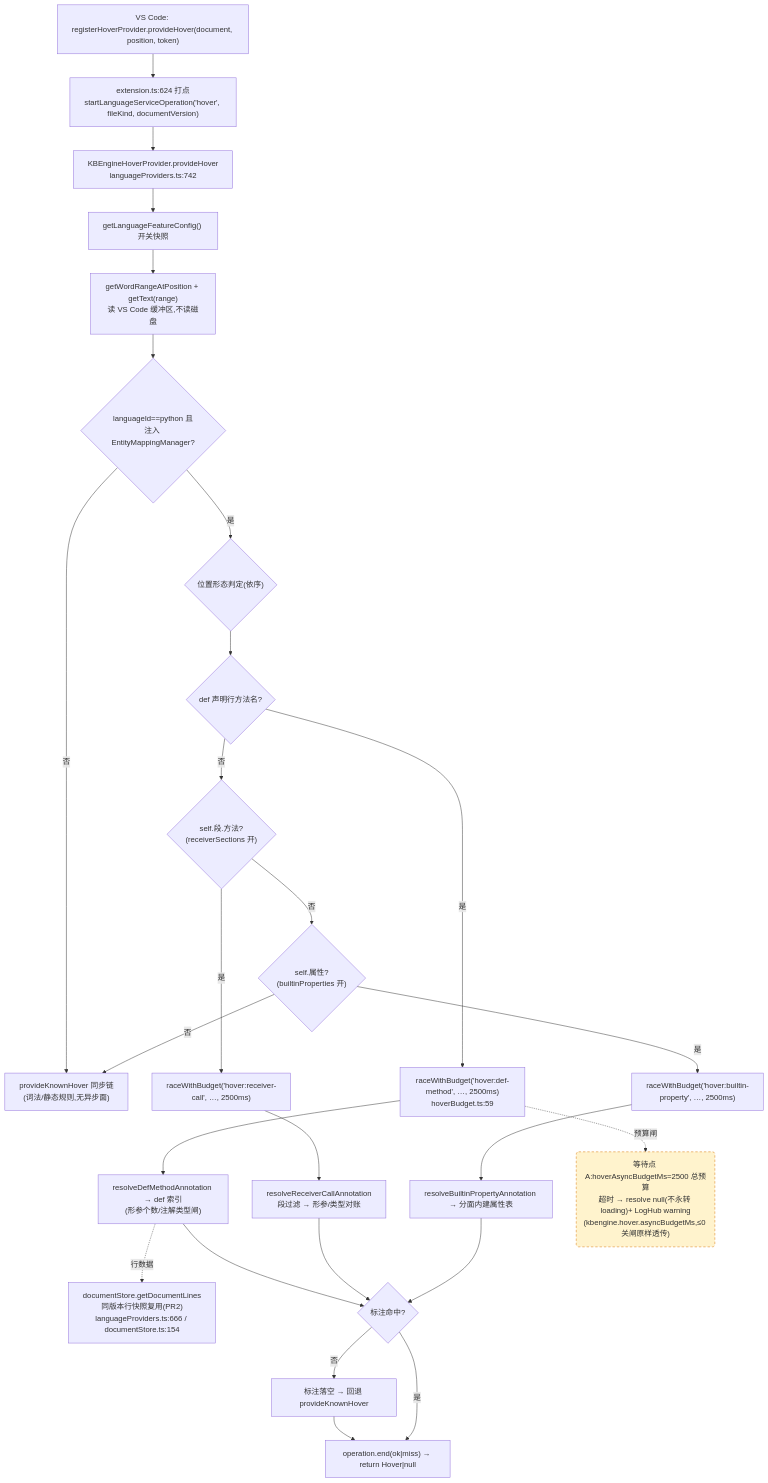
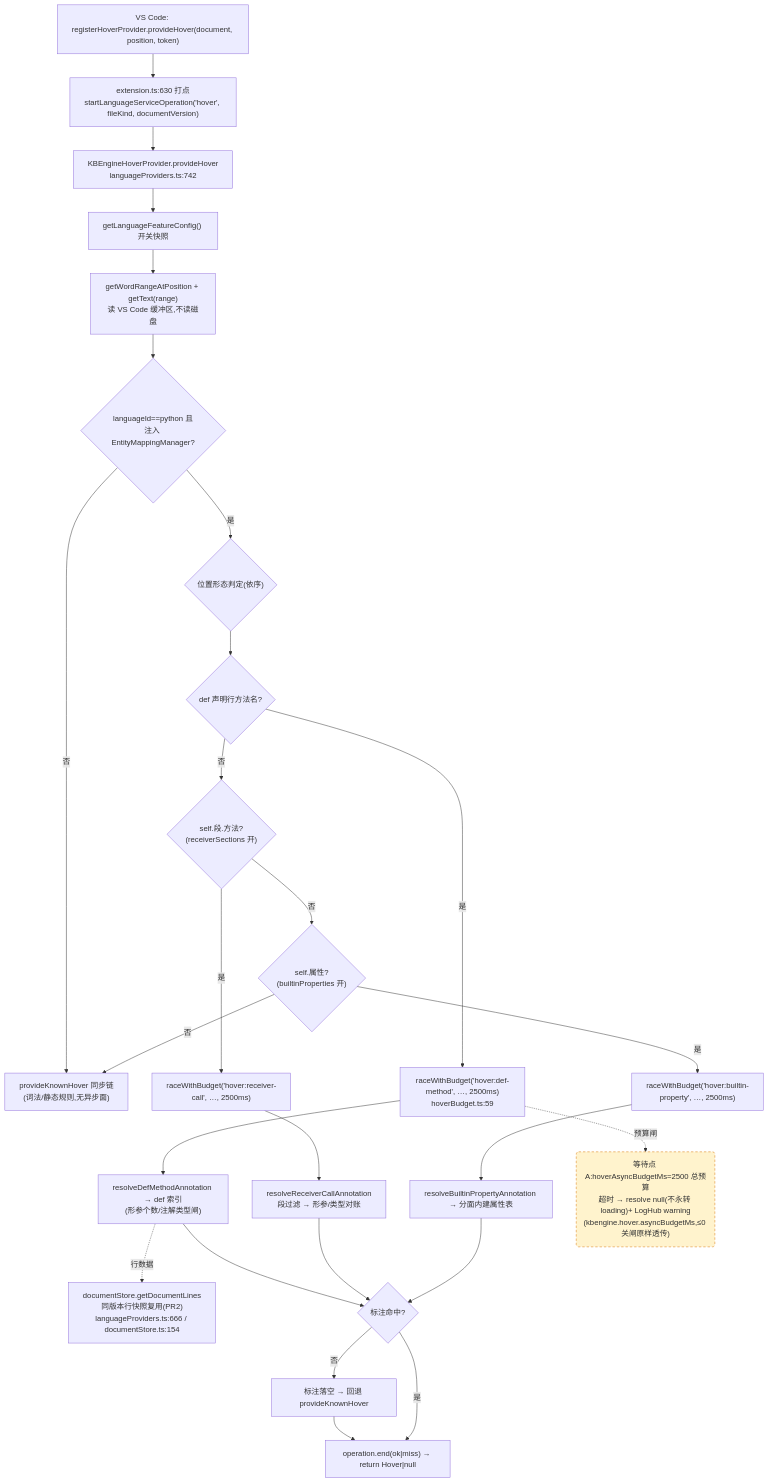
The first of 4 diagrams in docs/perf/2026-baseline.md (cuihairu/kode), drawn with Mermaid before and after one commit. The commit also changed other lines of this file and 13 other files, not shown here.

````diff
--- a/docs/perf/2026-baseline.md
+++ b/docs/perf/2026-baseline.md
@@ -82,45 +82,45 @@
 ```mermaid
 flowchart TD
   VC1["VS Code: registerHoverProvider.provideHover(document, position, token)"]
-  M1["extension.ts:624 打点<br/>startLanguageServiceOperation('hover', fileKind, documentVersion)"]
+  M1["extension.ts:630 打点<br/>startLanguageServiceOperation('hover', fileKind, documentVersion)"]
   HP["KBEngineHoverProvider.provideHover<br/>languageProviders.ts:742"]
   CFG["getLanguageFeatureConfig() 开关快照"]
   WORD["getWordRangeAtPosition + getText(range)<br/>读 VS Code 缓冲区,不读磁盘"]
   BR{"languageId==python 且<br/>注入 EntityMappingManager?"}
   KN["provideKnownHover 同步链<br/>(词法/静态规则,无异步面)"]
   POS{"位置形态判定(依序)"}
   D1{"def 声明行方法名?"}
   D2{"self.段.方法?<br/>(receiverSections 开)"}
   D3{"self.属性?<br/>(builtinProperties 开)"}
   RA1["raceWithBudget('hover:def-method', …, 2500ms)<br/>hoverBudget.ts:59"]
   RA2["raceWithBudget('hover:receiver-call', …, 2500ms)"]
   RA3["raceWithBudget('hover:builtin-property', …, 2500ms)"]
   RS1["resolveDefMethodAnnotation → def 索引<br/>(形参个数/注解类型闸)"]
   RS2["resolveReceiverCallAnnotation<br/>段过滤 → 形参/类型对账"]
   RS3["resolveBuiltinPropertyAnnotation → 分面内建属性表"]
   LINES["documentStore.getDocumentLines<br/>同版本行快照复用(PR2)<br/>languageProviders.ts:666 / documentStore.ts:154"]
   MISS["标注落空 → 回退 provideKnownHover"]
   END1["operation.end(ok|miss) → return Hover|null"]
 
   VC1 --> M1 --> HP --> CFG --> WORD --> BR
   BR -- "否" --> KN
   BR -- "是" --> POS --> D1
   D1 -- "是" --> RA1 --> RS1
   D1 -- "否" --> D2
   D2 -- "是" --> RA2 --> RS2
   D2 -- "否" --> D3
   D3 -- "是" --> RA3 --> RS3
   D3 -- "否" --> KN
   RS1 --> HIT{"标注命中?"}
   RS2 --> HIT
   RS3 --> HIT
   RS1 -.->|行数据| LINES
   HIT -- "否" --> MISS --> END1
   HIT -- "是" --> END1
 
   WAITA("等待点 A:hoverAsyncBudgetMs=2500 总预算<br/>超时 → resolve null(不永转 loading)+ LogHub warning<br/>(kbengine.hover.asyncBudgetMs,≤0 关闸原样透传)")
   RA1 -.->|预算闸| WAITA
 
   classDef waitPoint fill:#fff3cd,stroke:#d97706,stroke-dasharray:5 4;
   class WAITA waitPoint;
 ```
````
